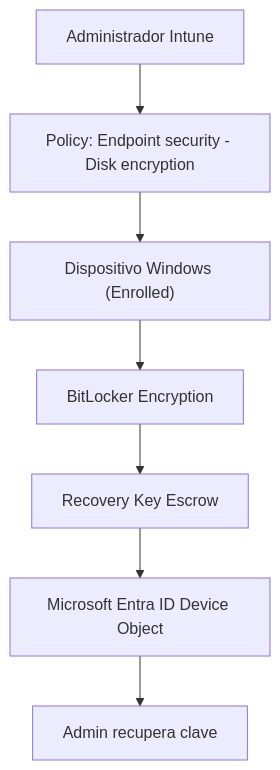
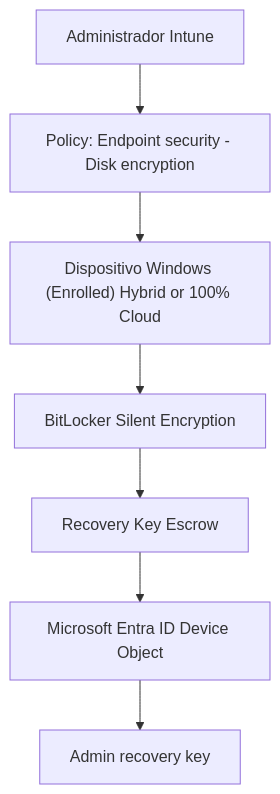
The diagram in content/posts/bitlocker-intune-entra-recovery.md (JefferDev/microsoft-cybersec), drawn with Mermaid before and after one commit. The commit also changed other lines of this file and 1 other file, not shown here.

Commit message:
Update:(post BitLocker Recover)

````diff
--- a/content/posts/bitlocker-intune-entra-recovery.md
+++ b/content/posts/bitlocker-intune-entra-recovery.md
@@ -37,9 +38,9 @@
 ```mermaid
 flowchart TD
 A["Administrador Intune"] --> B["Policy: Endpoint security - Disk encryption"]
-B --> C["Dispositivo Windows (Enrolled)"]
-C --> D["BitLocker Encryption"]
+B --> C["Dispositivo Windows (Enrolled) Hybrid or 100% Cloud"]
+C --> D["BitLocker Silent Encryption"]
 D --> E["Recovery Key Escrow"]
 E --> F["Microsoft Entra ID Device Object"]
-F --> G["Admin recupera clave"]
+F --> G["Admin recovery key"]
 ```
````
